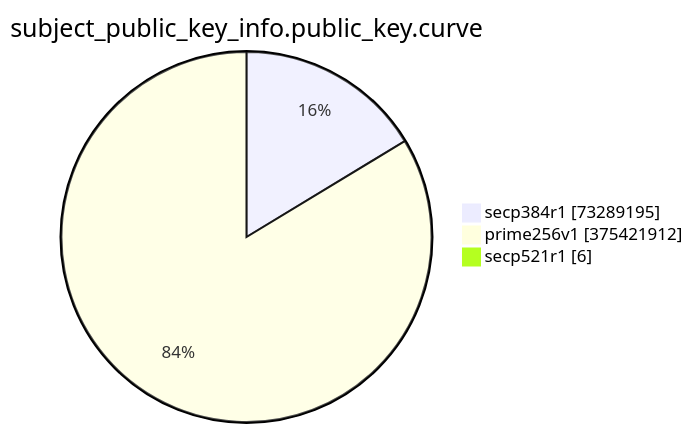
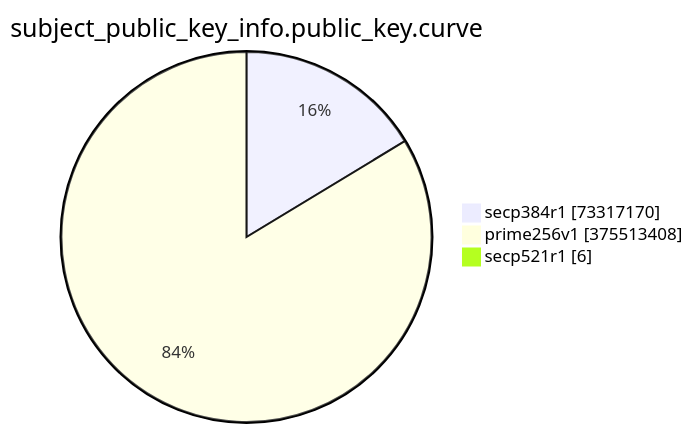
The eighth of 15 diagrams in TOTAL/README.md (christiankrug/ctmonitor_visualization), drawn with Mermaid before and after one commit. The commit also changed other lines of this file, not shown here.

````diff
--- a/TOTAL/README.md
+++ b/TOTAL/README.md
@@ -3092,7 +3092,7 @@
 ```mermaid
 pie showData
 title subject_public_key_info.public_key.curve
-"secp384r1" :73289195
-"prime256v1" :375421912
+"secp384r1" :73317170
+"prime256v1" :375513408
 "secp521r1" :6
 ```
````
